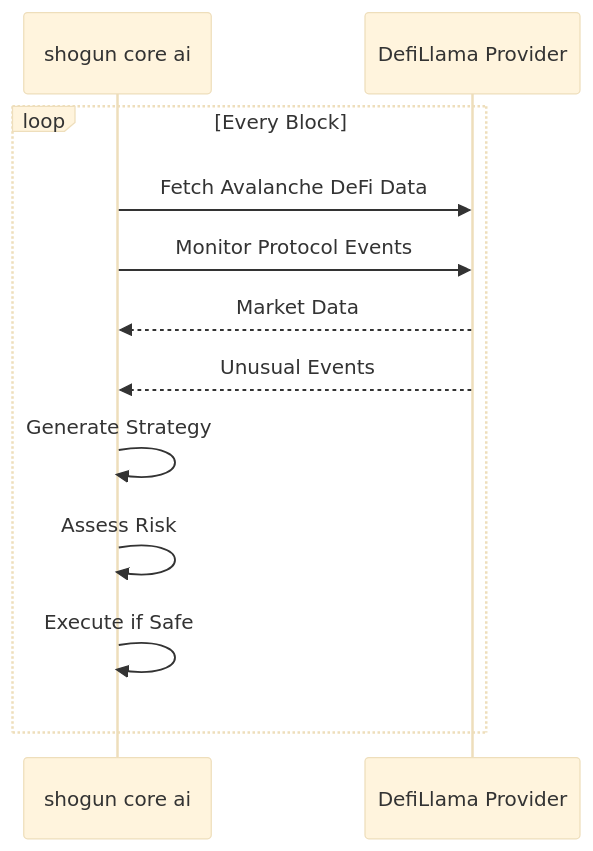
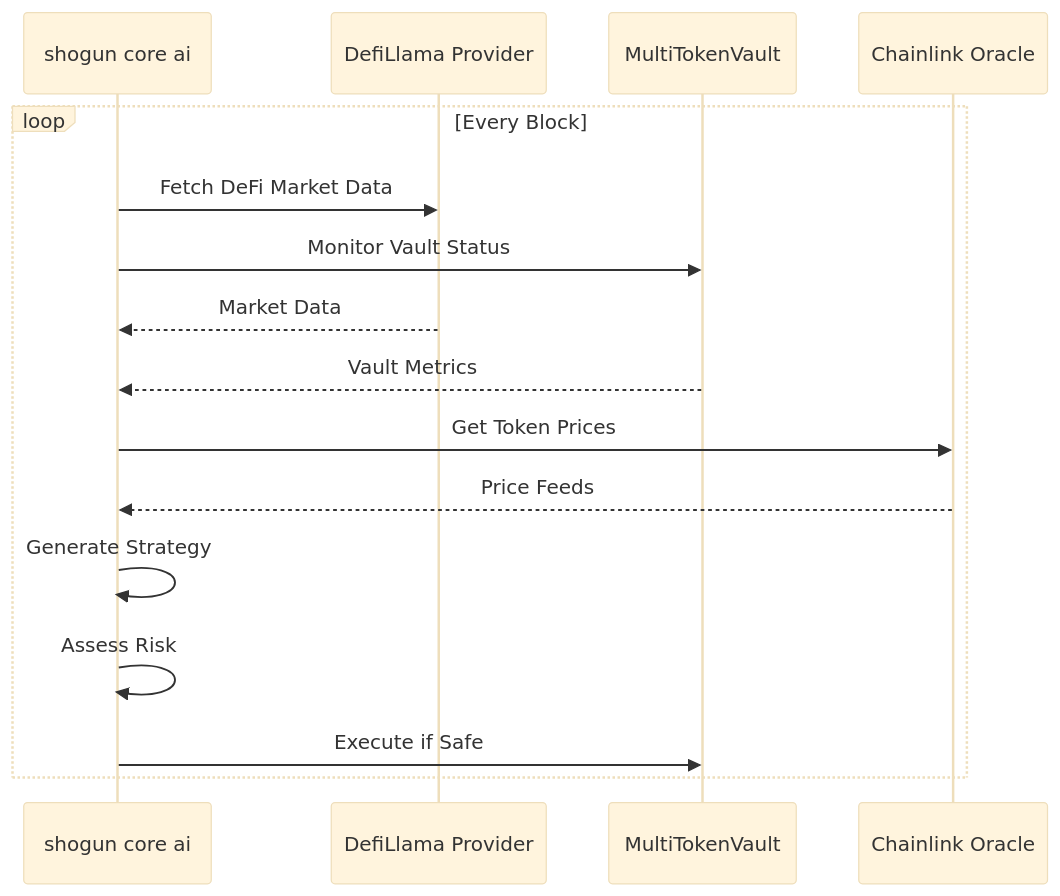
The third of 6 diagrams in docs/SHOGUN_CORE_AI_ARCHITECTURE.md (shogunprotocol/shogun-ai-core), drawn with Mermaid (base theme) before and after one commit. The commit also changed other lines of this file and 21 other files, not shown here.

````diff
--- a/docs/SHOGUN_CORE_AI_ARCHITECTURE.md
+++ b/docs/SHOGUN_CORE_AI_ARCHITECTURE.md
@@ -57,17 +72,22 @@
 ```mermaid
 sequenceDiagram
     participant ShogunCoreAI as shogun core ai
     participant DL as DefiLlama Provider
+    participant Vault as MultiTokenVault
+    participant Oracle as Chainlink Oracle
     
     loop Every Block
-        ShogunCoreAI->>DL: Fetch Avalanche DeFi Data
-        ShogunCoreAI->>DL: Monitor Protocol Events
+        ShogunCoreAI->>DL: Fetch DeFi Market Data
+        ShogunCoreAI->>Vault: Monitor Vault Status
         
         DL-->>ShogunCoreAI: Market Data
-        DL-->>ShogunCoreAI: Unusual Events
+        Vault-->>ShogunCoreAI: Vault Metrics
+        
+        ShogunCoreAI->>Oracle: Get Token Prices
+        Oracle-->>ShogunCoreAI: Price Feeds
         
         ShogunCoreAI->>ShogunCoreAI: Generate Strategy
         ShogunCoreAI->>ShogunCoreAI: Assess Risk
-        ShogunCoreAI->>ShogunCoreAI: Execute if Safe
+        ShogunCoreAI->>Vault: Execute if Safe
     end
 ```
````
